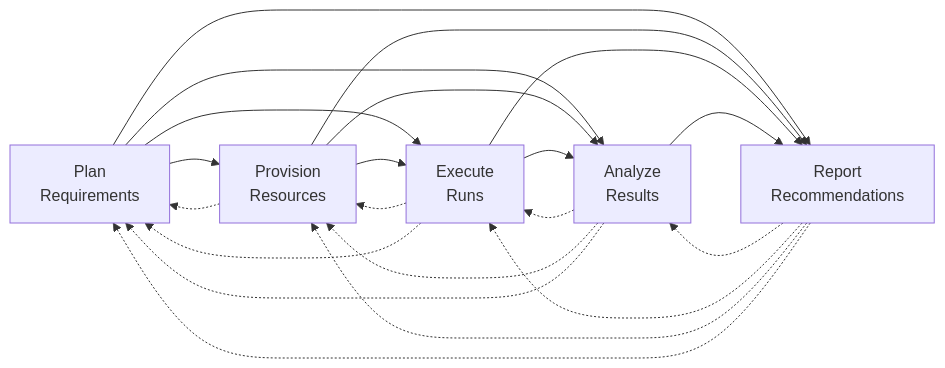
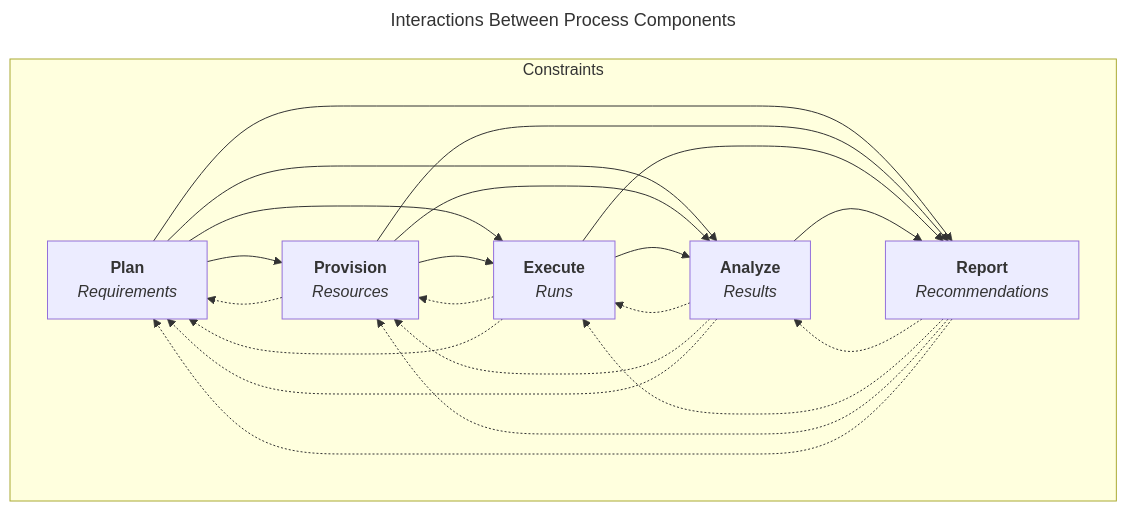
The third of 4 diagrams in ppear.md (cooknl/test-and-data-complexity), drawn with Mermaid before and after one commit. The commit also changed other lines of this file and 12 other files, not shown here.

````diff
--- a/ppear.md
+++ b/ppear.md
@@ -119,33 +119,40 @@
-``` mermaid
+```{mermaid}
+---
+title: "Interactions Between Process Components"
+---
+%%{init: {"flowchart": {"htmlLabels": false}} }%%
 flowchart LR
-    Plan[Plan 
-    Requirements]
-    Provision[Provision
-    Resources]
-    Execute[Execute
-    Runs]
-    Analyze[Analyze
-    Results]
-    Report[Report
-    Recommendations]
-    Plan --> Provision 
-    Plan --> Execute
-    Plan --> Analyze
-    Plan --> Report
-    Provision --> Execute
-    Provision --> Analyze
-    Provision --> Report
-    Provision -.-> Plan
-    Execute --> Analyze
-    Execute --> Report
-    Execute -.-> Provision
-    Execute -.-> Plan
-    Analyze --> Report
-    Analyze -.-> Execute
-    Analyze -.-> Provision
-    Analyze -.-> Plan
-    Report -.-> Analyze
-    Report -.-> Execute
-    Report -.-> Provision
-    Report -.-> Plan
+    subgraph Constraints
+        direction LR
+        Plan["`**Plan**
+        *Requirements*`"]
+        Provision["`**Provision**
+        *Resources*`"]
+        Execute["`**Execute**
+        *Runs*`"]
+        Analyze["`**Analyze**
+        *Results*`"]
+        Report["`**Report**
+        *Recommendations*`"]
+        Plan --> Provision 
+        Plan --> Execute
+        Plan --> Analyze
+        Plan --> Report
+        Provision --> Execute
+        Provision --> Analyze
+        Provision --> Report
+        Provision -.-> Plan
+        Execute --> Analyze
+        Execute --> Report
+        Execute -.-> Provision
+        Execute -.-> Plan
+        Analyze --> Report
+        Analyze -.-> Execute
+        Analyze -.-> Provision
+        Analyze -.-> Plan
+        Report -.-> Analyze
+        Report -.-> Execute
+        Report -.-> Provision
+        Report -.-> Plan
+    end
 ```
````
